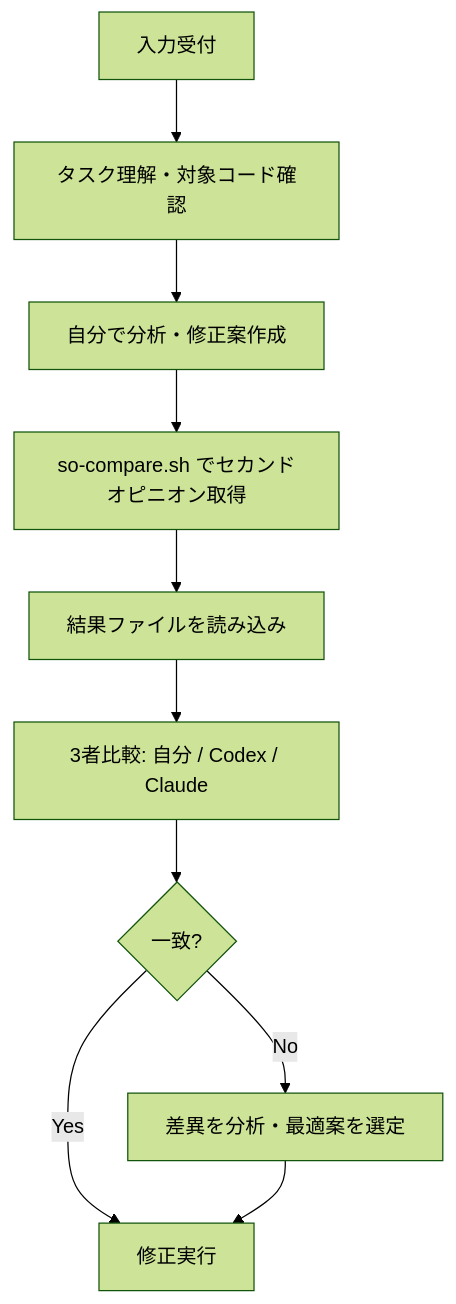
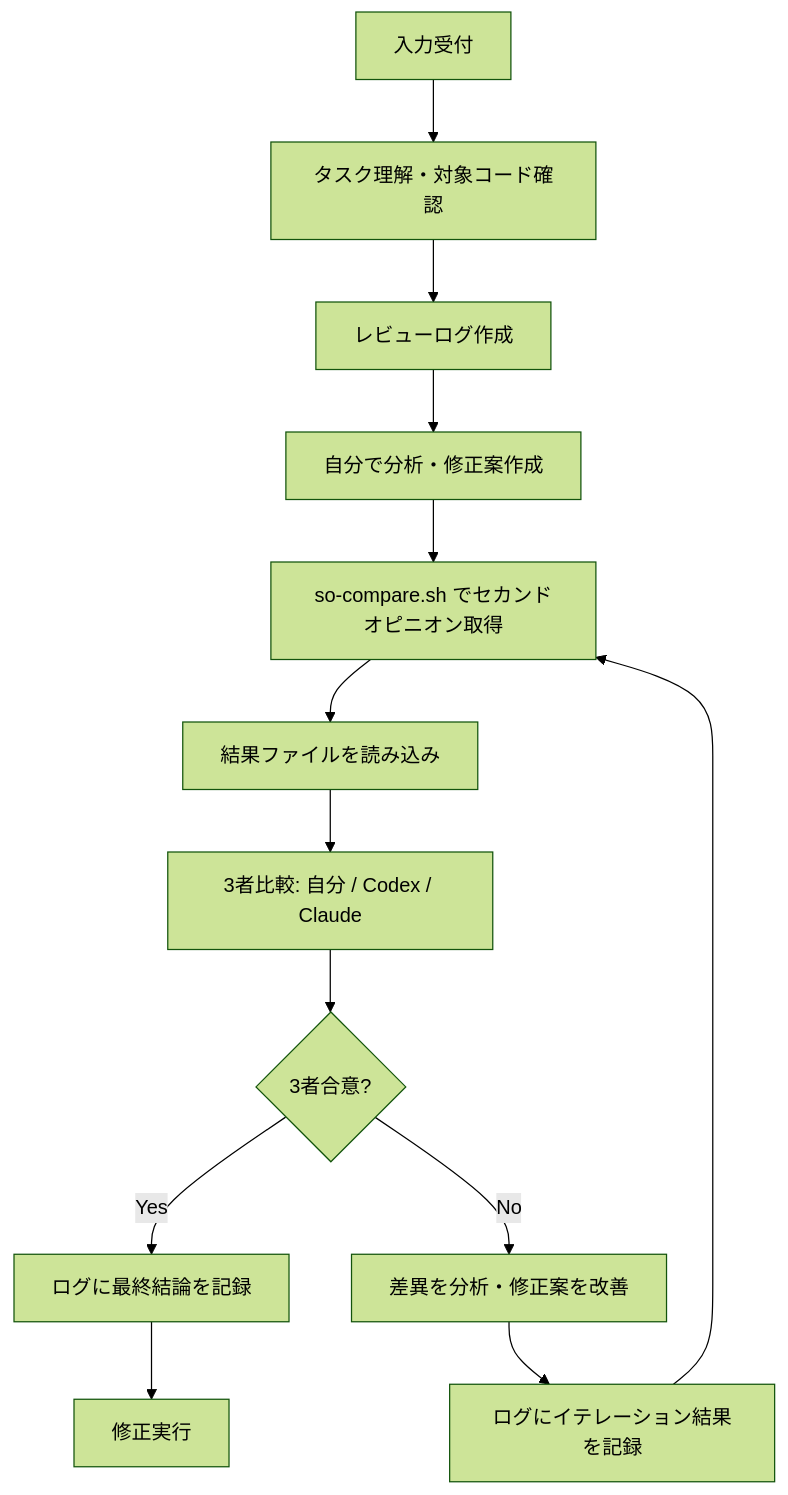
The diagram in cursor/command/verification/peer-ai-review.md (stlwolf/ai-development-hub), drawn with Mermaid (forest theme) before and after one commit. The commit also changed other lines of this file and 1 other file, not shown here.

````diff
--- a/cursor/command/verification/peer-ai-review.md
+++ b/cursor/command/verification/peer-ai-review.md
@@ -17,12 +28,15 @@
 ```mermaid
 flowchart TD
     A[入力受付] --> B[タスク理解・対象コード確認]
-    B --> C[自分で分析・修正案作成]
+    B --> L[レビューログ作成]
+    L --> C[自分で分析・修正案作成]
     C --> D[so-compare.sh でセカンドオピニオン取得]
     D --> E[結果ファイルを読み込み]
     E --> F[3者比較: 自分 / Codex / Claude]
-    F --> G{一致?}
-    G -->|Yes| H[修正実行]
-    G -->|No| I[差異を分析・最適案を選定]
-    I --> H
+    F --> G{3者合意?}
+    G -->|Yes| K[ログに最終結論を記録]
+    K --> H[修正実行]
+    G -->|No| I[差異を分析・修正案を改善]
+    I --> J[ログにイテレーション結果を記録]
+    J --> D
 ```
````
